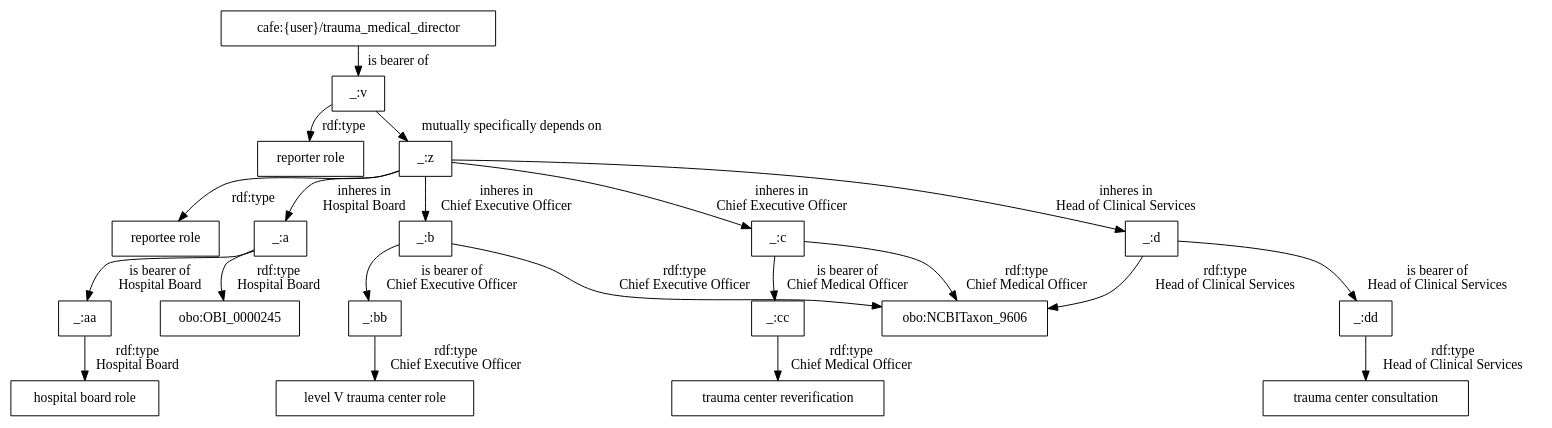
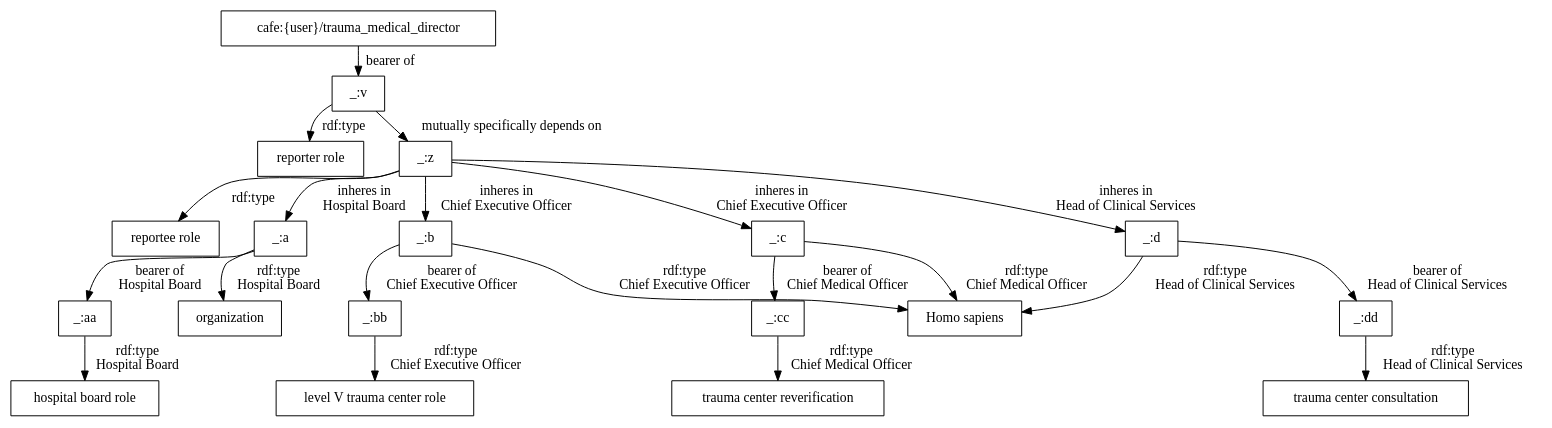
Before and after one commit to utecht/dideo-server: the diagram in cafe/graphs/138.dot, drawn with Graphviz. The commit also changed 15 other files, not shown here.

Commit message:
changed graphs and definitions

```diff
--- a/cafe/graphs/138.dot
+++ b/cafe/graphs/138.dot
@@ -1,39 +1,39 @@
 digraph g { node [shape=rectangle];
 graph [splines=true, nodesep=.5, ranksep=0, overlap=false];
-"cafe:{user}/trauma_medical_director" -> "_:v" [label="is bearer of"]
+"cafe:{user}/trauma_medical_director" -> "_:v" [label="bearer of"]
 "_:v" -> "reporter role" [label="rdf:type"]
 "_:v" -> "_:z" [label="mutually specifically depends on"]
 "_:z" -> "reportee role" [label="rdf:type"]
-"_:a" -> "_:aa" [label="is bearer of
+"_:a" -> "_:aa" [label="bearer of
 Hospital Board"]
-"_:a" -> "obo:OBI_0000245" [label="rdf:type
+"_:a" -> "organization" [label="rdf:type
 Hospital Board"]
 "_:aa" -> "hospital board role" [label="rdf:type
 Hospital Board"]
 "_:bb" -> "level V trauma center role" [label="rdf:type
 Chief Executive Officer"]
 "_:dd" -> "trauma center consultation" [label="rdf:type
 Head of Clinical Services"]
 "_:cc" -> "trauma center reverification" [label="rdf:type
 Chief Medical Officer"]
-"_:b" -> "_:bb" [label="is bearer of
+"_:b" -> "_:bb" [label="bearer of
 Chief Executive Officer"]
-"_:c" -> "_:cc" [label="is bearer of
+"_:c" -> "_:cc" [label="bearer of
 Chief Medical Officer"]
-"_:d" -> "_:dd" [label="is bearer of
+"_:d" -> "_:dd" [label="bearer of
 Head of Clinical Services"]
-"_:b" -> "obo:NCBITaxon_9606" [label="rdf:type
+"_:b" -> "Homo sapiens" [label="rdf:type
 Chief Executive Officer"]
-"_:c" -> "obo:NCBITaxon_9606" [label="rdf:type
+"_:c" -> "Homo sapiens" [label="rdf:type
 Chief Medical Officer"]
-"_:d" -> "obo:NCBITaxon_9606" [label="rdf:type
+"_:d" -> "Homo sapiens" [label="rdf:type
 Head of Clinical Services"]
 "_:z" -> "_:b" [label="inheres in
 Chief Executive Officer"]
 "_:z" -> "_:c" [label="inheres in
 Chief Executive Officer"]
 "_:z" -> "_:d" [label="inheres in
 Head of Clinical Services"]
 "_:z" -> "_:a" [label="inheres in
 Hospital Board"]
 }
```
